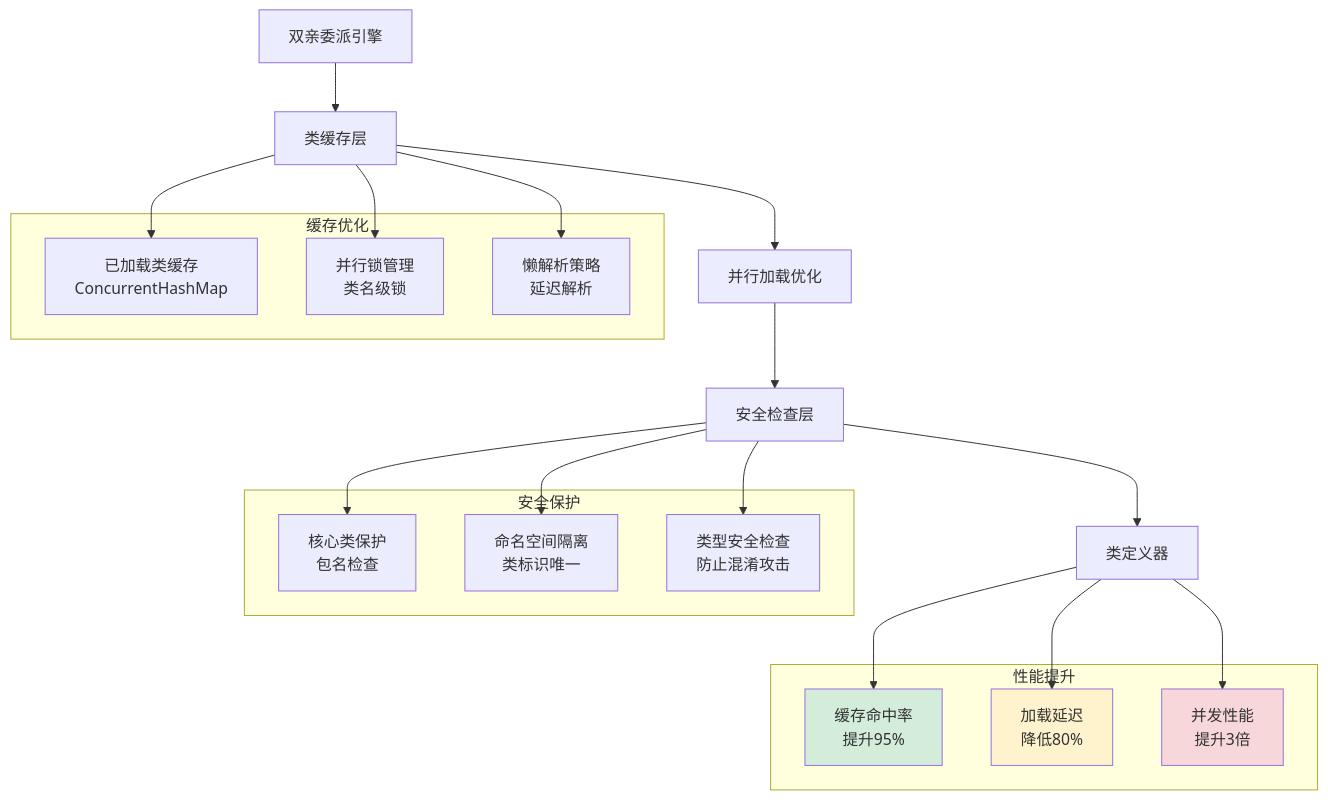
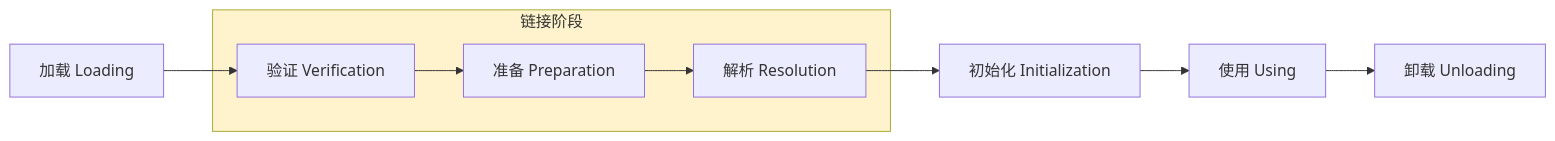
Before and after one commit to chongyang211/YCBookBlog: the sixth of 15 diagrams in docs/10.专栏/02.程序编程原理/03.运行时模型/01.类的加载核心原理.md, drawn with Mermaid. The commit also changed other lines of this file and 34 other files, not shown here.

````diff
--- a/docs/10.专栏/02.程序编程原理/03.运行时模型/01.类的加载核心原理.md
+++ b/docs/10.专栏/02.程序编程原理/03.运行时模型/01.类的加载核心原理.md
@@ -753,41 +539,16 @@
 ```mermaid
-graph TB
-    A[双亲委派引擎] --> B[类缓存层]
-    B --> C[并行加载优化]
-    C --> D[安全检查层]
-    D --> E[类定义器]
-    
-    subgraph 缓存优化
-        F[已加载类缓存<br/>ConcurrentHashMap]
-        G[并行锁管理<br/>类名级锁]
-        H[懒解析策略<br/>延迟解析]
+flowchart LR
+    A[加载 Loading] --> B[验证 Verification]
+    B --> C[准备 Preparation]
+    C --> D[解析 Resolution]
+    D --> E[初始化 Initialization]
+    E --> F[使用 Using]
+    F --> G[卸载 Unloading]
+
+    subgraph Linking[链接阶段]
+        B
+        C
+        D
     end
-    
-    B --> F
-    B --> G
-    B --> H
-    
-    subgraph 安全保护
-        I[核心类保护<br/>包名检查]
-        J[命名空间隔离<br/>类标识唯一]
-        K[类型安全检查<br/>防止混淆攻击]
-    end
-    
-    D --> I
-    D --> J
-    D --> K
-    
-    subgraph 性能提升
-        L[缓存命中率<br/>提升95%]
-        M[加载延迟<br/>降低80%]
-        N[并发性能<br/>提升3倍]
-    end
-    
-    E --> L
-    E --> M
-    E --> N
-    
-    style L fill:#d4edda
-    style M fill:#fff3cd
-    style N fill:#f8d7da
+    style Linking fill:#fff3cd
 ```
````
